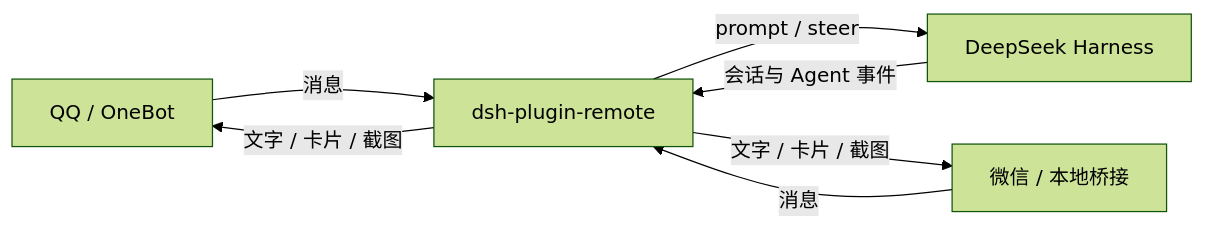
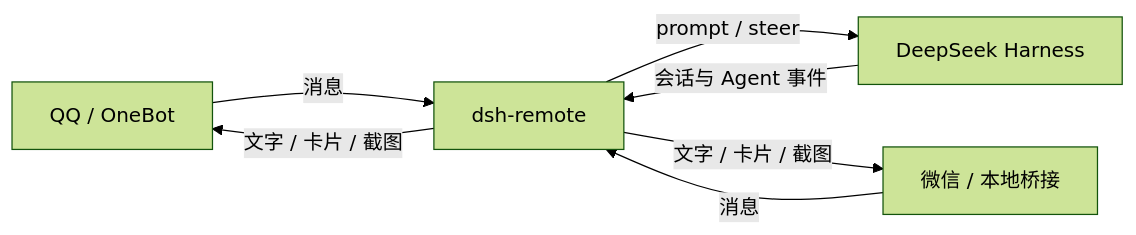
Before and after one commit to BlueRose2020/dsh-remote: the diagram in README.md, drawn with Mermaid (forest theme). The commit also changed other lines of this file and 16 other files, not shown here.

````diff
--- a/README.md
+++ b/README.md
@@ -185,9 +185,9 @@
 ```mermaid
 flowchart LR
-  QQ[QQ / OneBot] -->|消息| Remote[dsh-plugin-remote]
+  QQ[QQ / OneBot] -->|消息| Remote[dsh-remote]
   WeChat[微信 / 本地桥接] -->|消息| Remote
   Remote -->|prompt / steer| DSH[DeepSeek Harness]
   DSH -->|会话与 Agent 事件| Remote
   Remote -->|文字 / 卡片 / 截图| QQ
   Remote -->|文字 / 卡片 / 截图| WeChat
 ```
````
